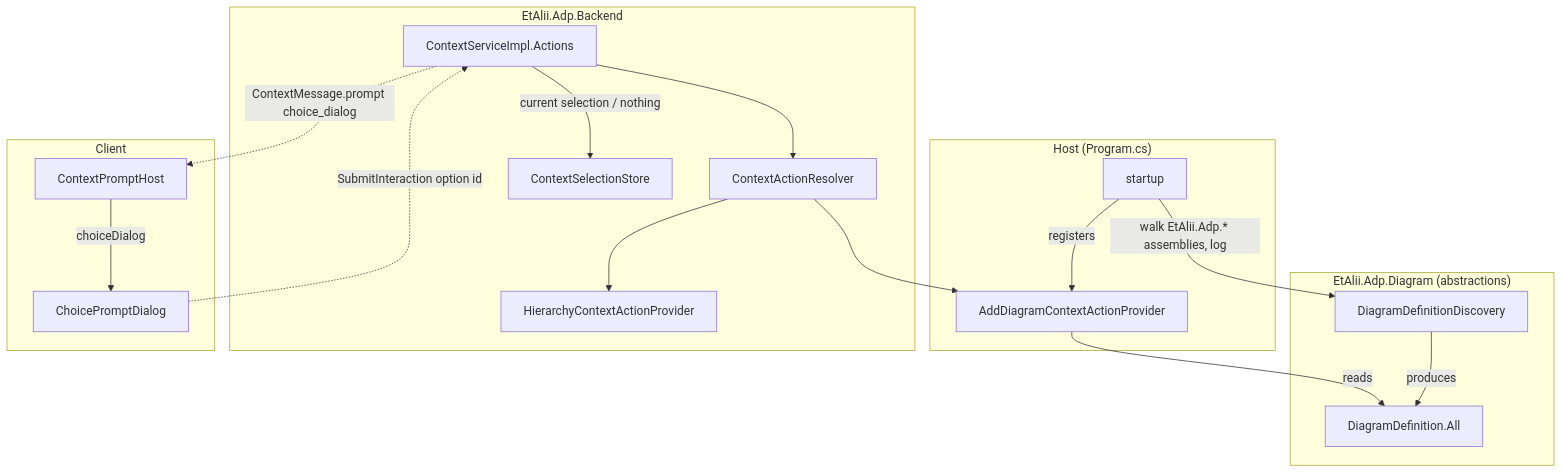
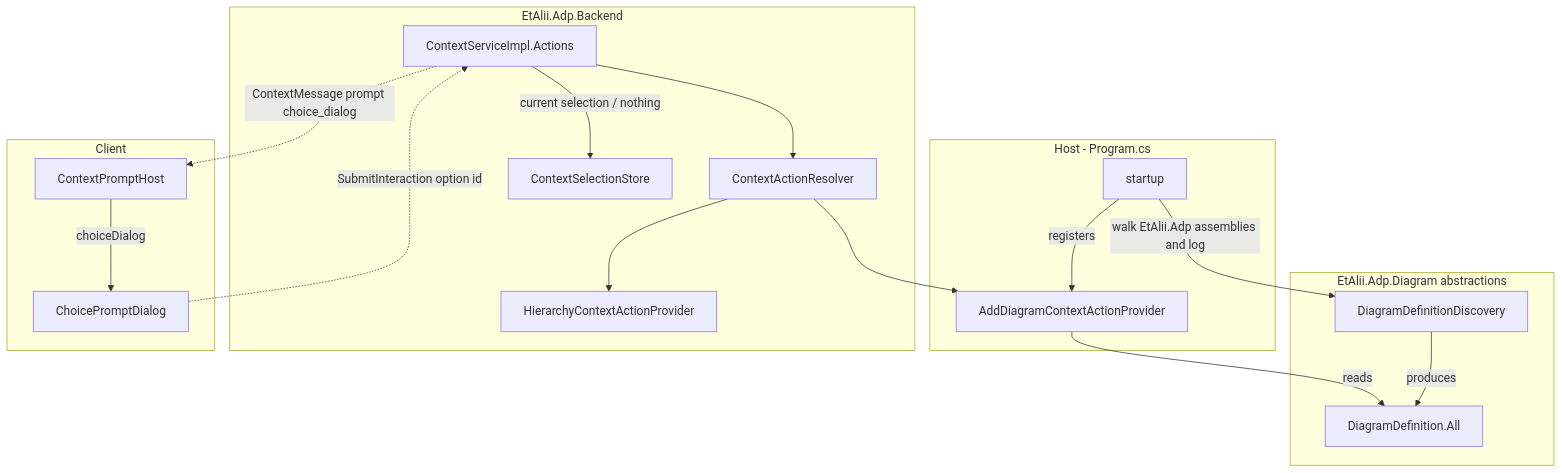
One commit to etalii-adp/etalii.adp.ide.standalone changed the first of 2 diagrams in .spec-workflow/specs/add-diagram-action/design.md. Above: the diagram before and after it, drawn with Mermaid. The commit also changed other lines of this file, not shown here.

First line of the commit message:
Fixed the Mermaid diagrams in the add-diagram-action design.

````diff
--- a/.spec-workflow/specs/add-diagram-action/design.md
+++ b/.spec-workflow/specs/add-diagram-action/design.md
@@ -52,35 +52,35 @@
 ```mermaid
 graph TD
-    subgraph "EtAlii.Adp.Diagram (abstractions)"
+    subgraph Abstractions["EtAlii.Adp.Diagram abstractions"]
         DD[DiagramDefinition.All]
         DDD[DiagramDefinitionDiscovery]
         DDD -->|produces| DD
     end
 
-    subgraph "Host (Program.cs)"
-        P[startup] -->|walk EtAlii.Adp.* assemblies, log| DDD
+    subgraph Host["Host - Program.cs"]
+        P[startup] -->|walk EtAlii.Adp assemblies and log| DDD
         P -->|registers| ADP
     end
 
-    subgraph "EtAlii.Adp.Backend"
+    subgraph Backend["EtAlii.Adp.Backend"]
         ADP[AddDiagramContextActionProvider]
         RES[ContextActionResolver]
         HCAP[HierarchyContextActionProvider]
         CSA[ContextServiceImpl.Actions]
         STORE[ContextSelectionStore]
         RES --> ADP
         RES --> HCAP
         CSA --> RES
         CSA -->|current selection / nothing| STORE
         ADP -->|reads| DD
     end
 
-    subgraph "Client"
+    subgraph Client["Client"]
         CPH[ContextPromptHost]
         CD[ChoicePromptDialog]
         CPH -->|choiceDialog| CD
     end
 
-    CSA -.->|ContextMessage.prompt choice_dialog| CPH
+    CSA -.->|ContextMessage prompt choice_dialog| CPH
     CD -.->|SubmitInteraction option id| CSA
 ```
````
